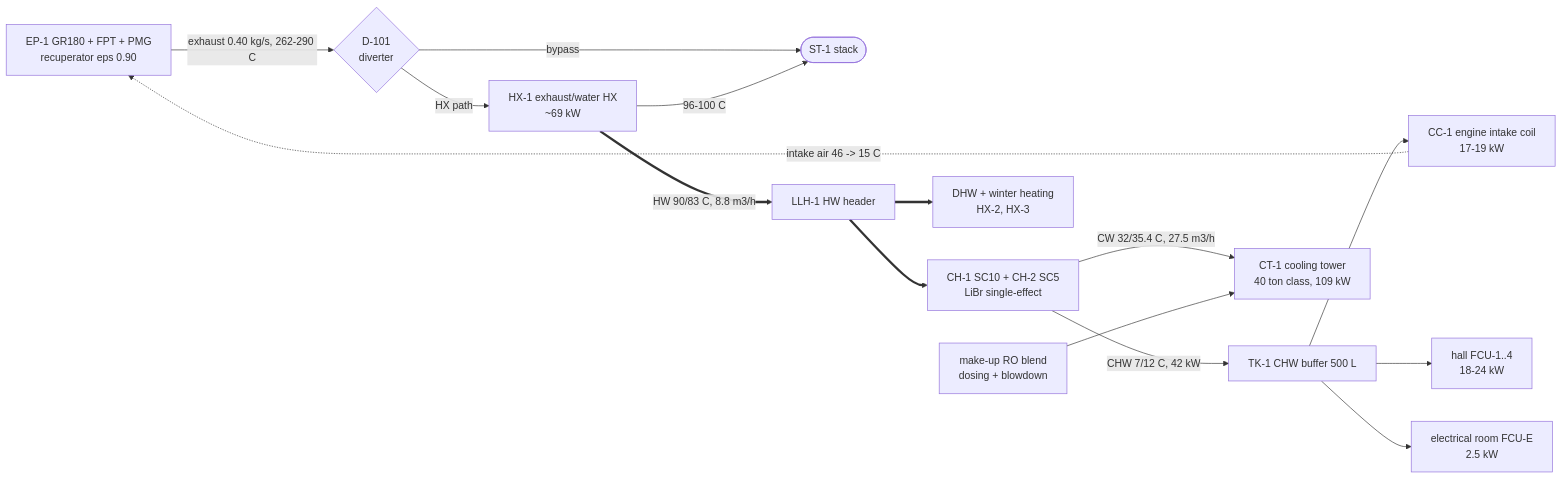
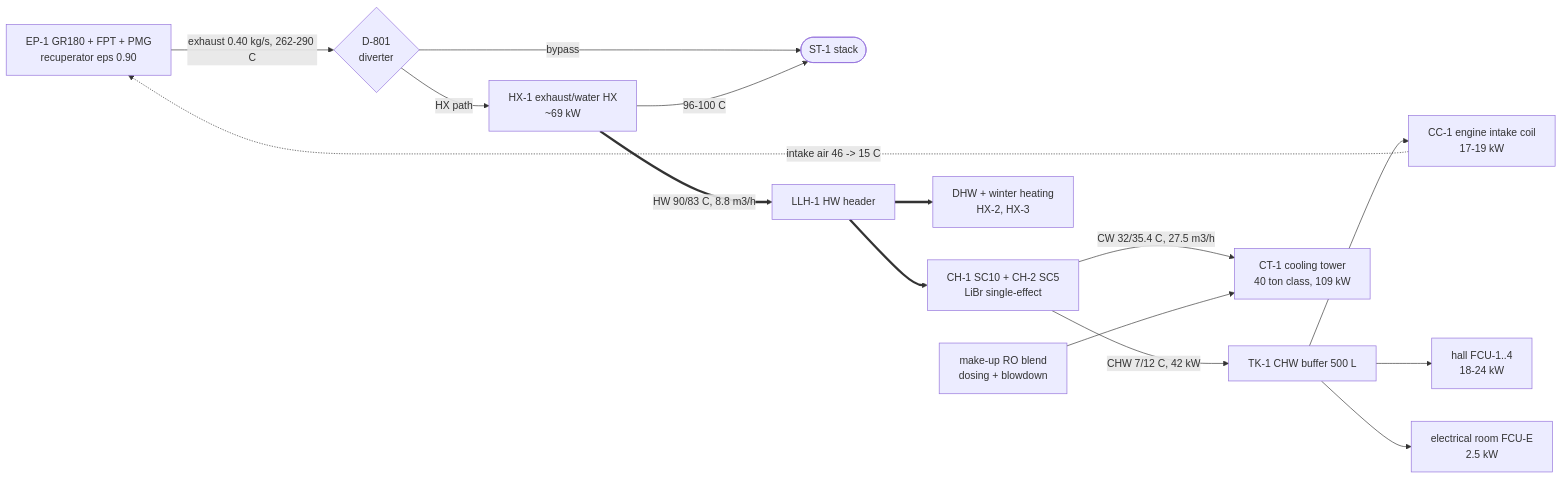
One commit to ahmadreza221/aurora-cchp changed the first of 4 diagrams in docs/hvac/01_pid.md. Above: the diagram before and after it, drawn with Mermaid. The commit also changed other lines of this file and 19 other files, not shown here.

````diff
--- a/docs/hvac/01_pid.md
+++ b/docs/hvac/01_pid.md
@@ -9,30 +9,30 @@
 ```mermaid
 flowchart LR
   ENG["EP-1 GR180 + FPT + PMG<br/>recuperator eps 0.90"]
-  D101{"D-101<br/>diverter"}
+  D101{"D-801<br/>diverter"}
   HX1["HX-1 exhaust/water HX<br/>~69 kW"]
   ST1(["ST-1 stack"])
   LLH["LLH-1 HW header"]
   CH["CH-1 SC10 + CH-2 SC5<br/>LiBr single-effect"]
   DHW["DHW + winter heating<br/>HX-2, HX-3"]
   TK1["TK-1 CHW buffer 500 L"]
   CC1["CC-1 engine intake coil<br/>17-19 kW"]
   FCU["hall FCU-1..4<br/>18-24 kW"]
   FCUE["electrical room FCU-E<br/>2.5 kW"]
   CT1["CT-1 cooling tower<br/>40 ton class, 109 kW"]
   WT["make-up RO blend<br/>dosing + blowdown"]
   ENG -->|"exhaust 0.40 kg/s, 262-290 C"| D101
   D101 -->|"HX path"| HX1
   D101 -->|"bypass"| ST1
   HX1 -->|"96-100 C"| ST1
   HX1 ==>|"HW 90/83 C, 8.8 m3/h"| LLH
   LLH ==> CH
   LLH ==> DHW
   CH -->|"CHW 7/12 C, 42 kW"| TK1
   TK1 --> CC1
   TK1 --> FCU
   TK1 --> FCUE
   CH -->|"CW 32/35.4 C, 27.5 m3/h"| CT1
   WT --> CT1
   CC1 -.->|"intake air 46 -> 15 C"| ENG
 ```
````
